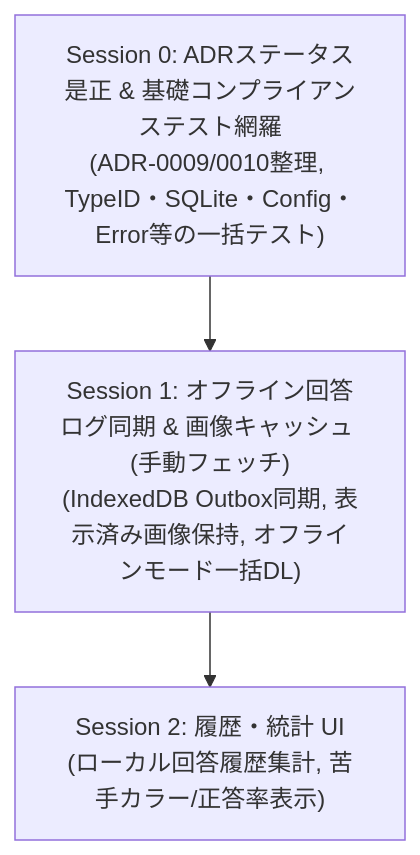
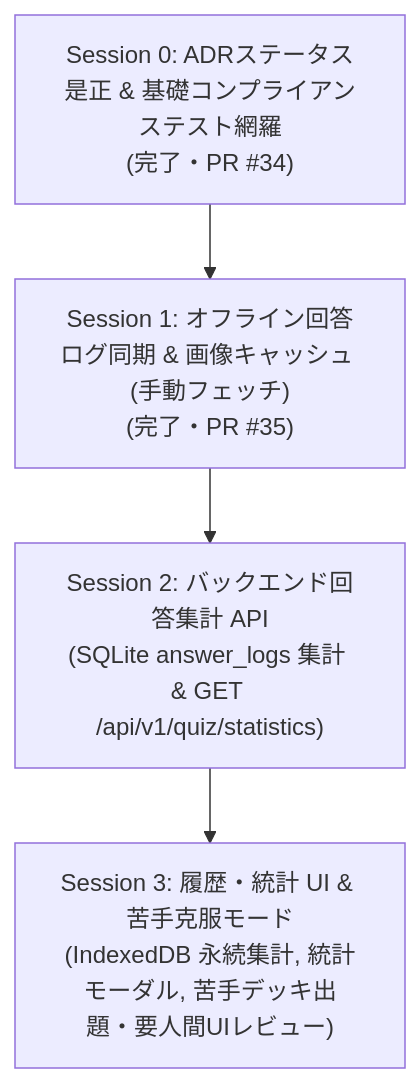
Before and after one commit to AobaIwaki123/penlight-v2: the diagram in docs/notes/13_adr_gap_resolution_and_session_roadmap.md, drawn with Mermaid. The commit also changed other lines of this file, not shown here.

Commit message:
docs(notes): update note 13 roadmap with completed session 1 and split backend/frontend sessions

````diff
--- a/docs/notes/13_adr_gap_resolution_and_session_roadmap.md
+++ b/docs/notes/13_adr_gap_resolution_and_session_roadmap.md
@@ -29,8 +29,9 @@
 ```mermaid
 flowchart TD
-    S0["Session 0: ADRステータス是正 & 基礎コンプライアンステスト網羅<br/>(ADR-0009/0010整理, TypeID・SQLite・Config・Error等の一括テスト)"]
-    S1["Session 1: オフライン回答ログ同期 & 画像キャッシュ (手動フェッチ)<br/>(IndexedDB Outbox同期, 表示済み画像保持, オフラインモード一括DL)"]
-    S2["Session 2: 履歴・統計 UI<br/>(ローカル回答履歴集計, 苦手カラー/正答率表示)"]
+    S0["Session 0: ADRステータス是正 & 基礎コンプライアンステスト網羅<br/>(完了・PR #34)"]
+    S1["Session 1: オフライン回答ログ同期 & 画像キャッシュ (手動フェッチ)<br/>(完了・PR #35)"]
+    S2["Session 2: バックエンド回答集計 API<br/>(SQLite answer_logs 集計 & GET /api/v1/quiz/statistics)"]
+    S3["Session 3: 履歴・統計 UI & 苦手克服モード<br/>(IndexedDB 永続集計, 統計モーダル, 苦手デッキ出題・要人間UIレビュー)"]
 
-    S0 --> S1 --> S2
+    S0 --> S1 --> S2 --> S3
 ```
````
